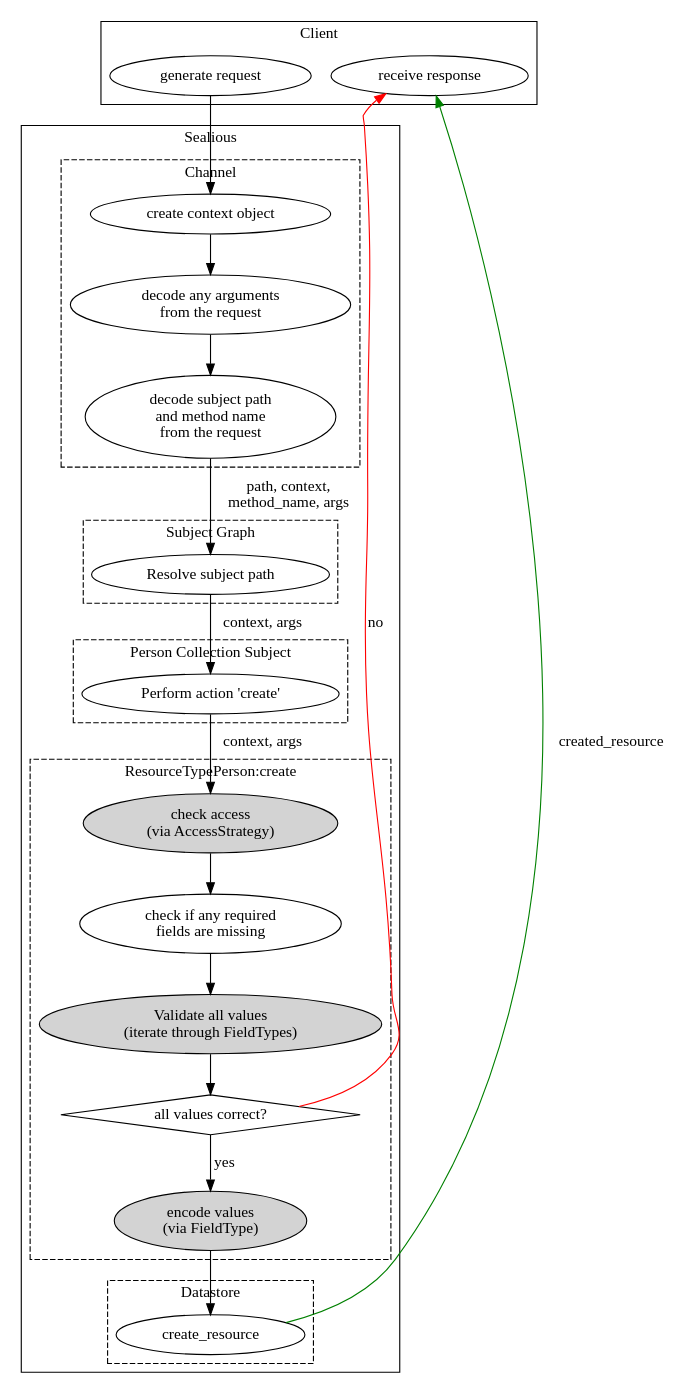
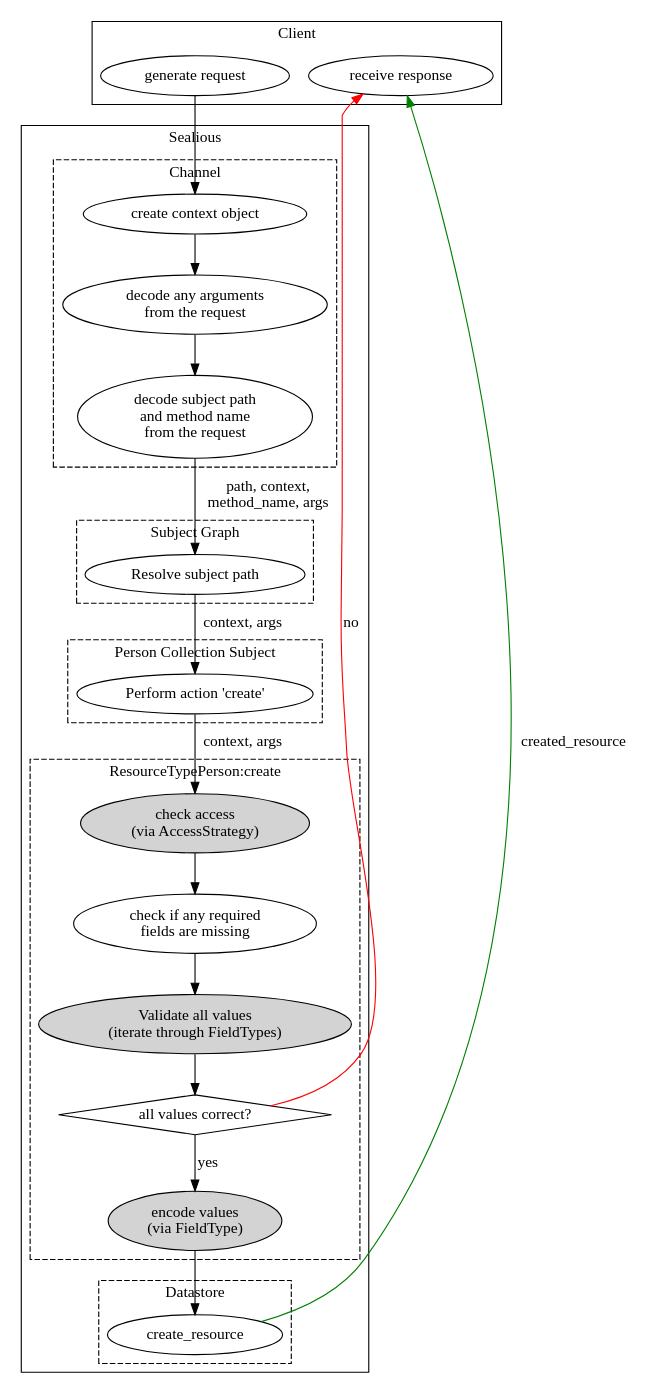
The second of 2 diagrams in 0-intro.md (sealcode/sealious-user-reference), drawn with Graphviz before and after one commit. The commit also changed other lines of this file and 5 other files, not shown here.

Commit message:
Change the graph font to Neris

````diff
--- a/0-intro.md
+++ b/0-intro.md
@@ -162,66 +165,70 @@
 ```graphviz
 digraph lifespan{
+
+	graph [fontname = "Neris"];
+	node [fontname = "Neris"];
+	edge [fontname = "Neris"];
 
 	subgraph clusterClient {
 		label="Client";
 		receive_result [label="receive response"];
 		generate_request [label="generate request", root=true];
 	}
 
 	subgraph clusterSealious{
 		label="Sealious";
 		
 		subgraph clusterChannel {
 			style="dashed";
 			label="Channel";
 			generate_context [label="create context object"];
 			generate_path [label="decode subject path\nand method name\nfrom the request"];
 			get_arguments [label="decode any arguments\nfrom the request"];
 		}
 
 		subgraph clusterSubject {
 			style="dashed";
 			label="Subject Graph";
 			resolve_subject [label="Resolve subject path"];
 		}
 
 		subgraph clusterResourceCollection {
 			style="dashed";
 			label="Person Collection Subject";
 			perform_action [label="Perform action 'create'"];
 		}
 
 		subgraph clusterResourceTypeCreate {
 			style="dashed";
 			label="ResourceTypePerson:create";
 			validate_values [label="Validate all values\n(iterate through FieldTypes)", style=filled];
 			check_access [label="check access\n(via AccessStrategy)", style=filled];
 			check_missing [label="check if any required\nfields are missing"];
 			encode_values [label="encode values\n(via FieldType)", style=filled];
 			is_valid [label="all values correct?", shape="diamond"];
 		}
 
 		subgraph clusterDatastore {
 			style="dashed";
 			label="Datastore";
 			create_resource;
 		}
 	}
 
 	generate_request -> generate_context -> get_arguments;
 	get_arguments -> generate_path;
 	generate_path -> resolve_subject [label="path, context,\nmethod_name, args"];
 	resolve_subject -> perform_action [label="context, args"];
 	perform_action -> check_access [label="context, args"];
 	check_access ->  check_missing;
 	check_missing -> validate_values;
 	validate_values  -> is_valid;
 	is_valid -> encode_values [label="yes"];
 	encode_values -> create_resource;
 	is_valid -> receive_result [label="no", constraint=false, weight=100, color="red"];
 	create_resource -> receive_result [constraint=false, weight=100, color="green", label="created_resource"];
 
 	
 }
 
 ```
````
